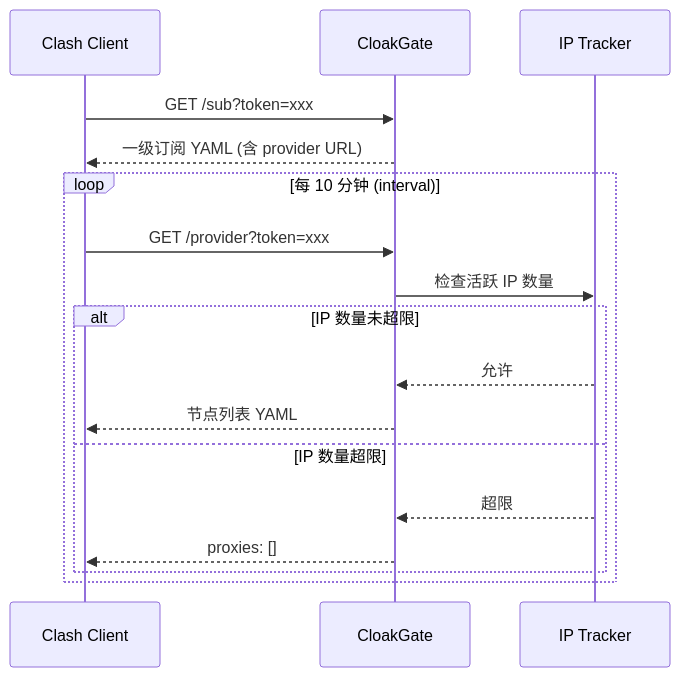
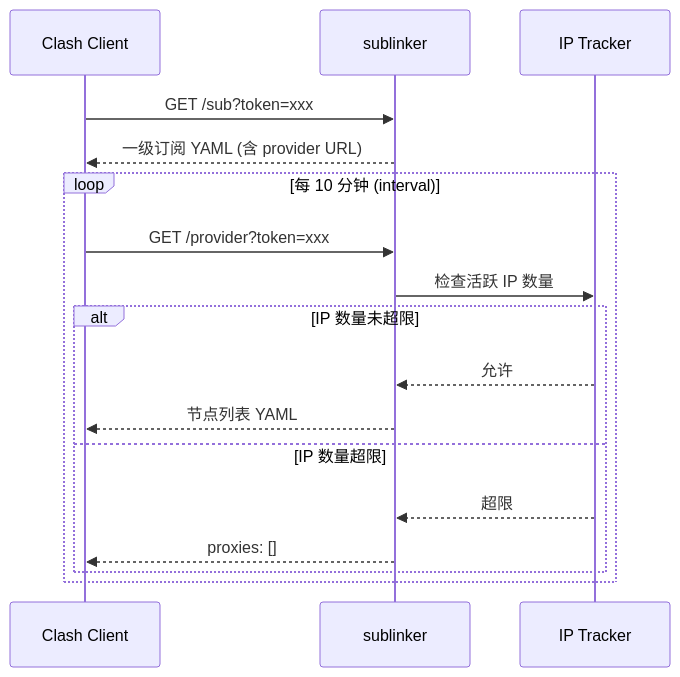
One commit to zenvor/sublinker changed the diagram in README.md. Above: the diagram before and after it, drawn with Mermaid. The commit also changed other lines of this file and 8 other files, not shown here.

Commit message:
rename: 项目更名 CloakGate → sublinker

````diff
--- a/README.md
+++ b/README.md
@@ -37,21 +37,21 @@
 ```mermaid
 sequenceDiagram
     participant C as Clash Client
-    participant G as CloakGate
+    participant G as sublinker
     participant IP as IP Tracker
 
     C->>G: GET /sub?token=xxx
     G-->>C: 一级订阅 YAML (含 provider URL)
 
     loop 每 10 分钟 (interval)
         C->>G: GET /provider?token=xxx
         G->>IP: 检查活跃 IP 数量
         alt IP 数量未超限
             IP-->>G: 允许
             G-->>C: 节点列表 YAML
         else IP 数量超限
             IP-->>G: 超限
             G-->>C: proxies: []
         end
     end
 ```
````
